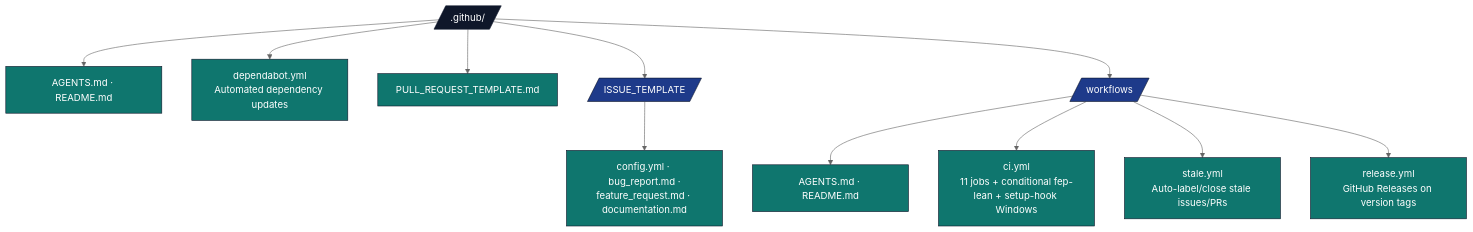
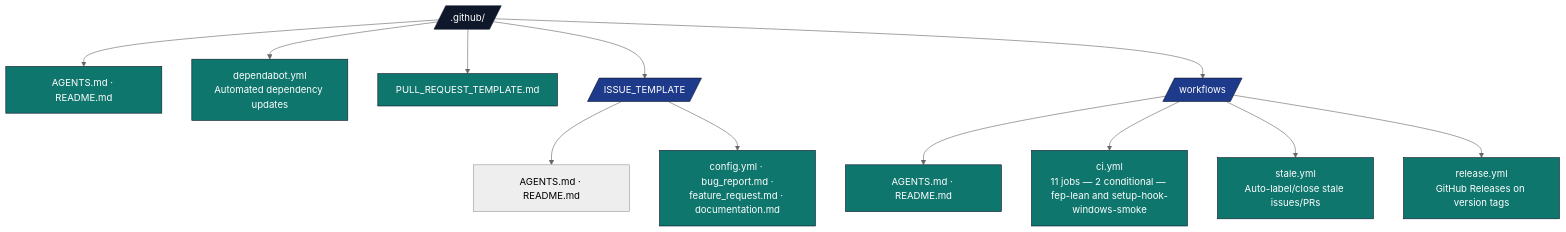
Before and after one commit to docxology/template: the diagram in .github/AGENTS.md, drawn with Mermaid (neutral theme). The commit also changed other lines of this file and 952 other files, not shown here.

````diff
--- a/.github/AGENTS.md
+++ b/.github/AGENTS.md
@@ -18,23 +18,24 @@
 ```mermaid
 flowchart TB
     GH[/.github//]
     GH --> META[AGENTS.md · README.md]
     GH --> DEP[dependabot.yml<br/>Automated dependency updates]
     GH --> PRT[PULL_REQUEST_TEMPLATE.md]
     GH --> ITPL[/ISSUE_TEMPLATE/]
     GH --> WF[/workflows/]
 
+    ITPL --> ITPL_DOCS[AGENTS.md · README.md]
     ITPL --> ITPL_F[config.yml · bug_report.md ·<br/>feature_request.md · documentation.md]
 
     WF --> WF_DOCS[AGENTS.md · README.md]
-    WF --> WF_CI[ci.yml<br/>11 jobs + conditional fep-lean + setup-hook Windows]
+    WF --> WF_CI[ci.yml<br/>11 jobs — 2 conditional — fep-lean and setup-hook-windows-smoke]
     WF --> WF_STALE[stale.yml<br/>Auto-label/close stale issues/PRs]
     WF --> WF_REL[release.yml<br/>GitHub Releases on version tags]
 
     classDef d fill:#0f172a,stroke:#0f172a,color:#fff
     classDef pkg fill:#1e3a8a,stroke:#0f172a,color:#fff
     classDef f fill:#0f766e,stroke:#0f172a,color:#fff
     class GH d
     class ITPL,WF pkg
     class META,DEP,PRT,ITPL_F,WF_DOCS,WF_CI,WF_STALE,WF_REL f
 ```
````
